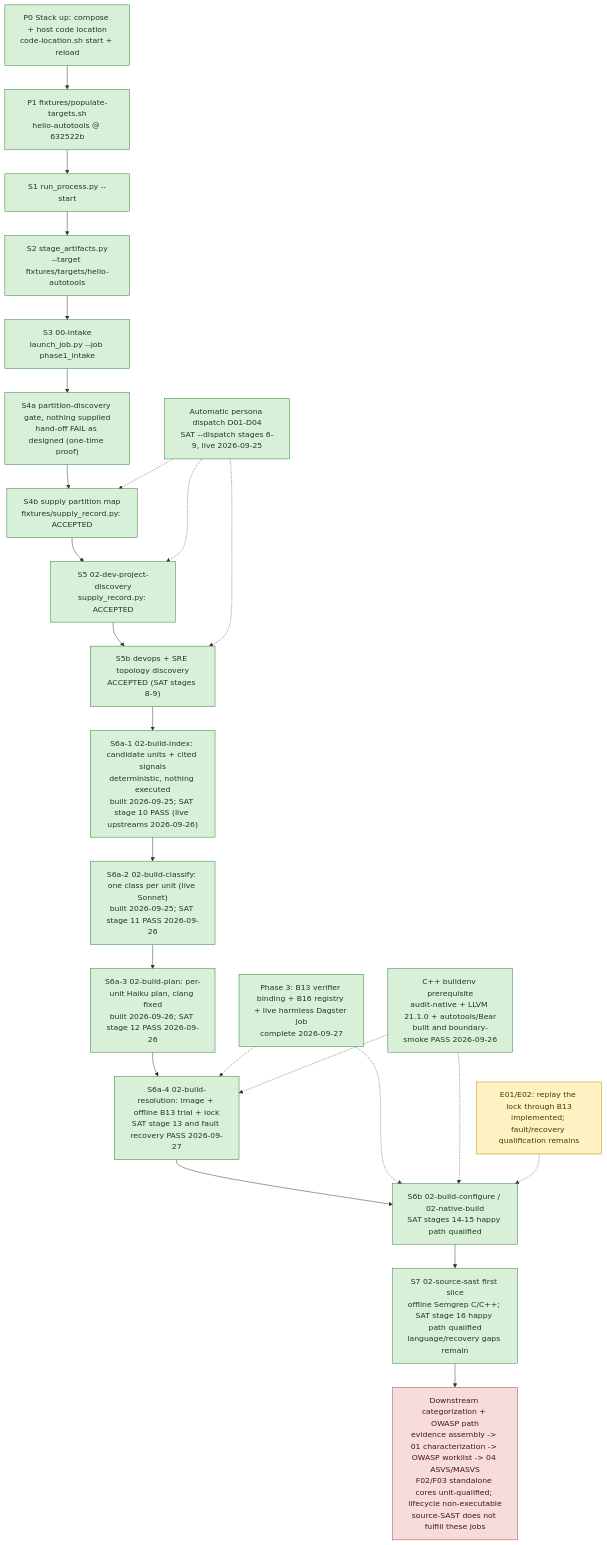
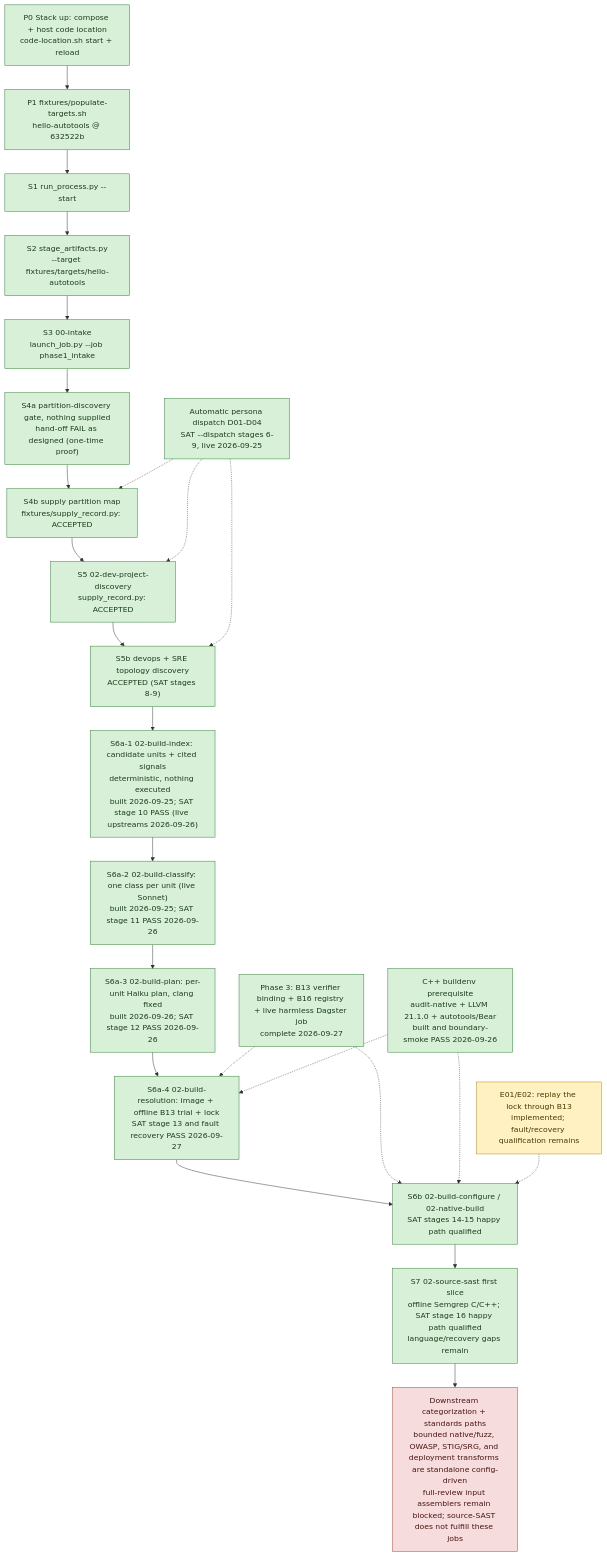
One commit to wsollers/appsec-review changed the diagram in docs/processes/flow-bringup.md. Above: the diagram before and after it, drawn with Mermaid. The commit also changed 19 other files, not shown here.

Commit message:
Integrate bounded analysis lifecycle surfaces

````diff
--- a/docs/processes/flow-bringup.md
+++ b/docs/processes/flow-bringup.md
@@ -20,38 +20,38 @@
 ```mermaid
 flowchart TD
   P0["P0 Stack up: compose + host code location<br/>code-location.sh start + reload"]:::done
   P1["P1 fixtures/populate-targets.sh<br/>hello-autotools @ 632522b"]:::done
   S1["S1 run_process.py --start"]:::done
   S2["S2 stage_artifacts.py<br/>--target fixtures/targets/hello-autotools"]:::done
   S3["S3 00-intake<br/>launch_job.py --job phase1_intake"]:::done
   S4a["S4a partition-discovery gate, nothing supplied<br/>hand-off FAIL as designed (one-time proof)"]:::done
   S4b["S4b supply partition map<br/>fixtures/supply_record.py: ACCEPTED"]:::done
   S5["S5 02-dev-project-discovery<br/>supply_record.py: ACCEPTED"]:::done
   S5b["S5b devops + SRE topology discovery<br/>ACCEPTED (SAT stages 8-9)"]:::done
   AD["Automatic persona dispatch D01-D04<br/>SAT --dispatch stages 6-9, live 2026-09-25"]:::done
   S6i["S6a-1 02-build-index: candidate units + cited signals<br/>deterministic, nothing executed<br/>built 2026-09-25; SAT stage 10 PASS (live upstreams 2026-09-26)"]:::done
   S6c["S6a-2 02-build-classify: one class per unit (live Sonnet)<br/>built 2026-09-25; SAT stage 11 PASS 2026-09-26"]:::done
   S6p["S6a-3 02-build-plan: per-unit Haiku plan, clang fixed<br/>built 2026-09-26; SAT stage 12 PASS 2026-09-26"]:::done
   S6a["S6a-4 02-build-resolution: image + offline B13 trial + lock<br/>SAT stage 13 and fault recovery PASS 2026-09-27"]:::done
   CPP["C++ buildenv prerequisite<br/>audit-native + LLVM 21.1.0 + autotools/Bear<br/>built and boundary-smoke PASS 2026-09-26"]:::done
   S6["S6b 02-build-configure / 02-native-build<br/>SAT stages 14-15 happy path qualified"]:::done
   S7["S7 02-source-sast first slice<br/>offline Semgrep C/C++; SAT stage 16 happy path qualified<br/>language/recovery gaps remain"]:::done
-  DOWN["Downstream categorization + OWASP path<br/>evidence assembly -> 01 characterization -> OWASP worklist -> 04 ASVS/MASVS<br/>F02/F03 standalone cores unit-qualified; lifecycle non-executable<br/>source-SAST does not fulfill these jobs"]:::blocked
+  DOWN["Downstream categorization + standards paths<br/>bounded native/fuzz, OWASP, STIG/SRG, and deployment transforms are standalone config-driven<br/>full-review input assemblers remain blocked; source-SAST does not fulfill these jobs"]:::blocked
   B13["Phase 3: B13 verifier binding + B16 registry + live harmless Dagster job<br/>complete 2026-09-27"]:::done
   E01["E01/E02: replay the lock through B13<br/>implemented; fault/recovery qualification remains"]:::next
 
   P0 --> P1 --> S1 --> S2 --> S3 --> S4a --> S4b --> S5 --> S5b --> S6i --> S6c --> S6p --> S6a --> S6 --> S7 --> DOWN
   AD -.-> S4b
   AD -.-> S5
   AD -.-> S5b
   B13 -.-> S6a
   B13 -.-> S6
   CPP -.-> S6a
   CPP -.-> S6
   E01 -.-> S6
 
   classDef done fill:#d8f0d8,stroke:#2e7d32,color:#1b3d1b
   classDef next fill:#fff1c2,stroke:#b8860b,color:#4a3a00
   classDef todo fill:#eef1f5,stroke:#6b7a90,color:#2a3240
   classDef blocked fill:#f6dcdc,stroke:#b23b3b,color:#4a1515
 ```
````
